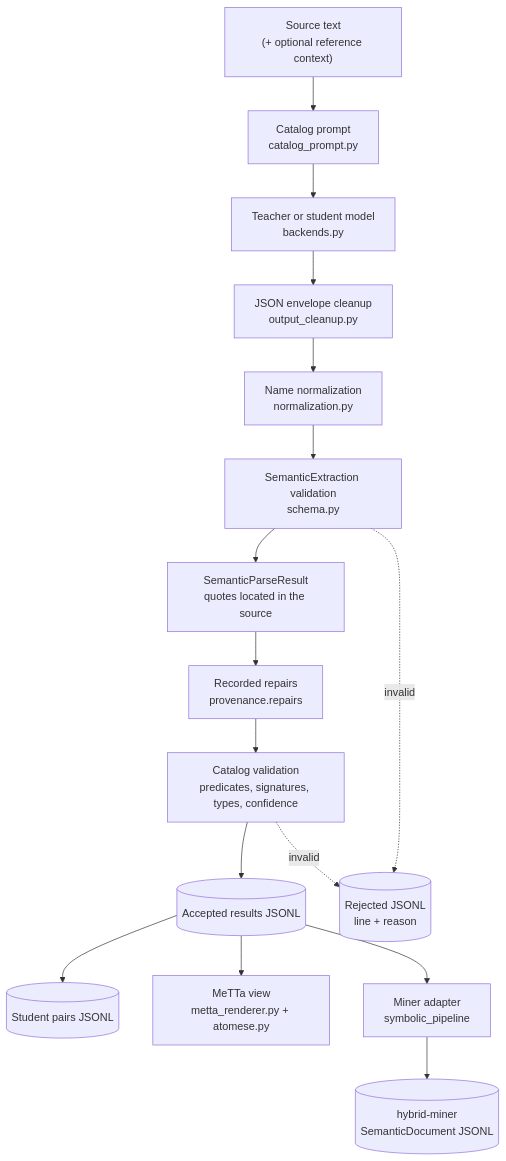
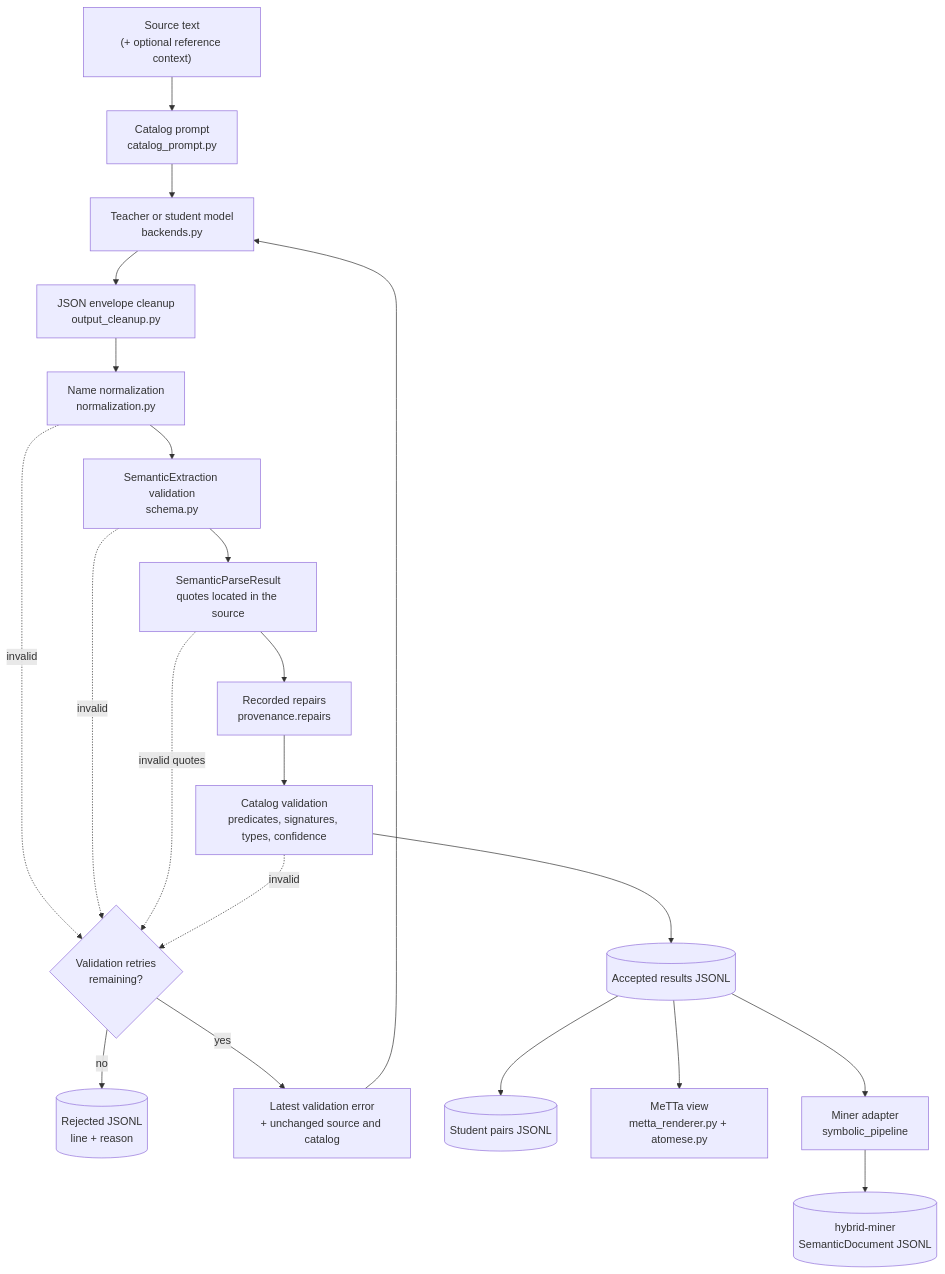
Before and after one commit to iCog-Labs-Dev/Neuro-Symbolic-LLM: the second of 3 diagrams in parser/README.md, drawn with Mermaid. The commit also changed other lines of this file and 6 other files, not shown here.

Commit message:
fix(parser): regenerate invalid extractions with bounded validation feedback

````diff
--- a/parser/README.md
+++ b/parser/README.md
@@ -58,26 +58,32 @@
 ```mermaid
 flowchart TD
     source["Source text<br/>(+ optional reference context)"]
     prompt["Catalog prompt<br/>catalog_prompt.py"]
     model["Teacher or student model<br/>backends.py"]
     clean["JSON envelope cleanup<br/>output_cleanup.py"]
     normalize["Name normalization<br/>normalization.py"]
     extraction["SemanticExtraction validation<br/>schema.py"]
     result["SemanticParseResult<br/>quotes located in the source"]
     repairs["Recorded repairs<br/>provenance.repairs"]
     catalog["Catalog validation<br/>predicates, signatures, types, confidence"]
     accepted[("Accepted results JSONL")]
     rejected[("Rejected JSONL<br/>line + reason")]
+    retry{"Validation retries<br/>remaining?"}
+    feedback["Latest validation error<br/>+ unchanged source and catalog"]
     pairs[("Student pairs JSONL")]
     metta["MeTTa view<br/>metta_renderer.py + atomese.py"]
     adapter["Miner adapter<br/>symbolic_pipeline"]
     miner[("hybrid-miner<br/>SemanticDocument JSONL")]
 
     source --> prompt --> model --> clean --> normalize --> extraction
     extraction --> result --> repairs --> catalog --> accepted
-    extraction -. invalid .-> rejected
-    catalog -. invalid .-> rejected
+    normalize -. invalid .-> retry
+    extraction -. invalid .-> retry
+    result -. invalid quotes .-> retry
+    catalog -. invalid .-> retry
+    retry -- yes --> feedback --> model
+    retry -- no --> rejected
     accepted --> pairs
     accepted --> metta
     accepted --> adapter --> miner
 ```
````
